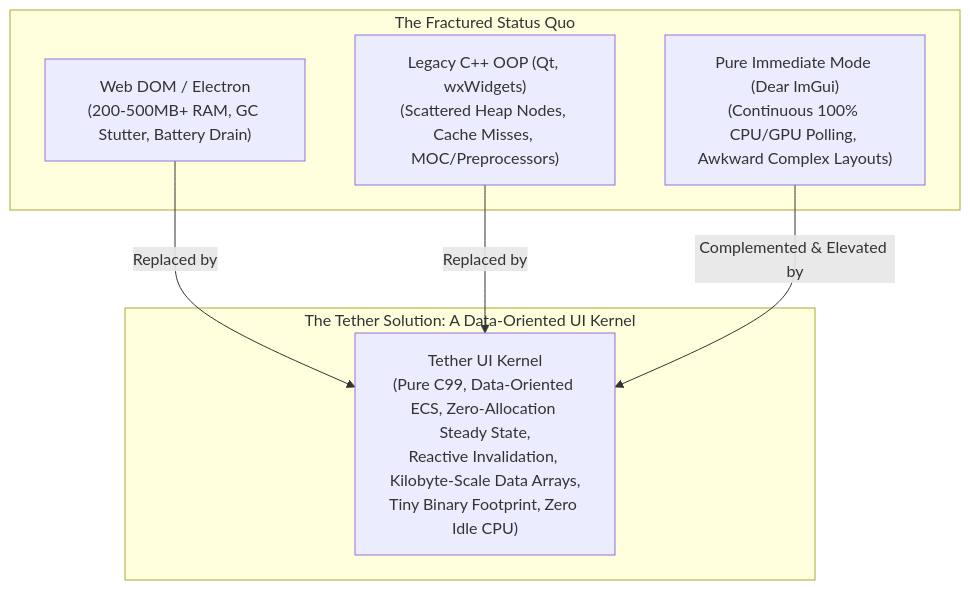
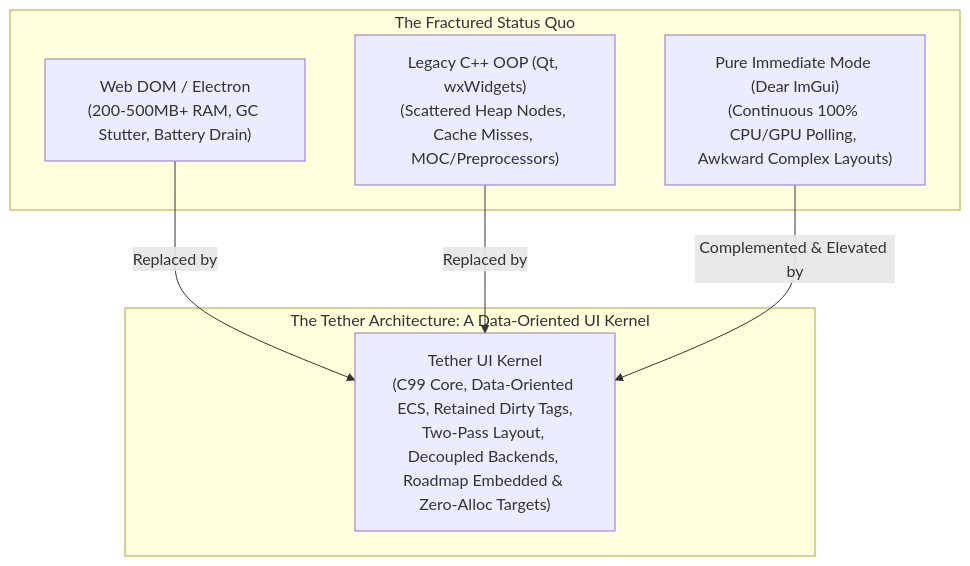
Before and after one commit to Yuvi-GD/Tether: the diagram in docs/presentation/02_motivation_and_problems.md, drawn with Mermaid. The commit also changed other lines of this file and 24 other files, not shown here.

Commit message:
docs: align technical docs with v0.0.3-preview and clarify presentation roadmap

````diff
--- a/docs/presentation/02_motivation_and_problems.md
+++ b/docs/presentation/02_motivation_and_problems.md
@@ -19,16 +19,16 @@
 ```mermaid
 flowchart TD
     subgraph StatusQuo["The Fractured Status Quo"]
         Web["Web DOM / Electron\n(200-500MB+ RAM, GC Stutter, Battery Drain)"]
         OOP["Legacy C++ OOP (Qt, wxWidgets)\n(Scattered Heap Nodes, Cache Misses, MOC/Preprocessors)"]
         ImGui["Pure Immediate Mode (Dear ImGui)\n(Continuous 100% CPU/GPU Polling, Awkward Complex Layouts)"]
     end
 
-    subgraph TheTetherSolution["The Tether Solution: A Data-Oriented UI Kernel"]
-        Tether["Tether UI Kernel\n(Pure C99, Data-Oriented ECS, Zero-Allocation Steady State,\nReactive Invalidation, Kilobyte-Scale Data Arrays,\nTiny Binary Footprint, Zero Idle CPU)"]
+    subgraph TheTetherSolution["The Tether Architecture: A Data-Oriented UI Kernel"]
+        Tether["Tether UI Kernel\n(C99 Core, Data-Oriented ECS, Retained Dirty Tags,\nTwo-Pass Layout, Decoupled Backends, Roadmap Embedded & Zero-Alloc Targets)"]
     end
 
     Web -->|Replaced by| Tether
     OOP -->|Replaced by| Tether
     ImGui -->|Complemented & Elevated by| Tether
 ```
````
